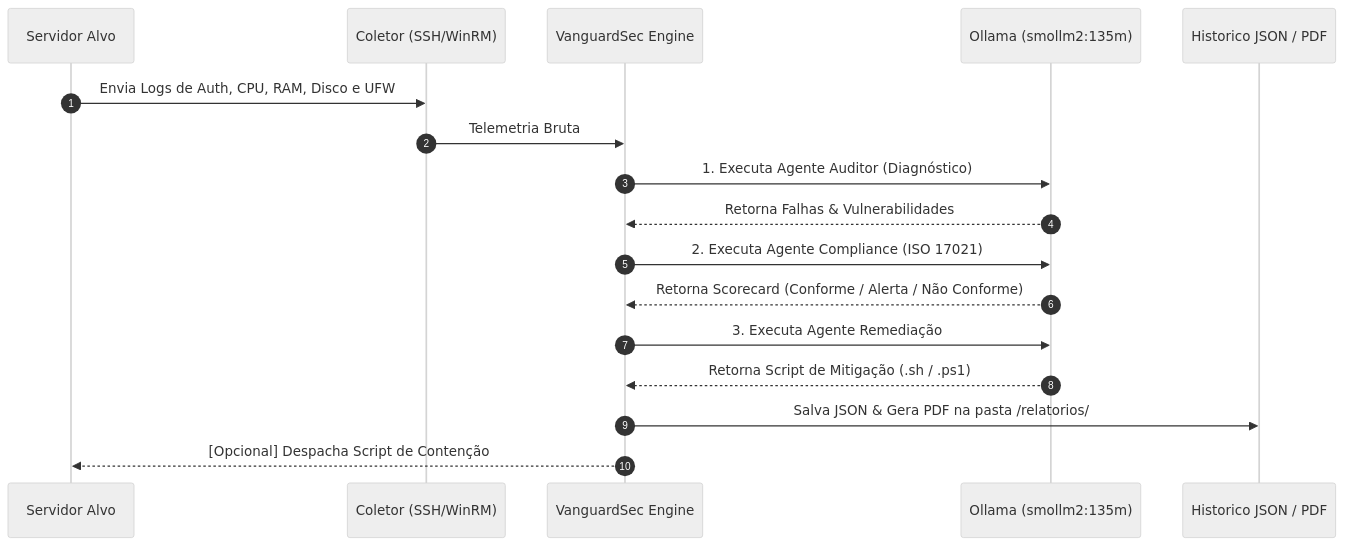
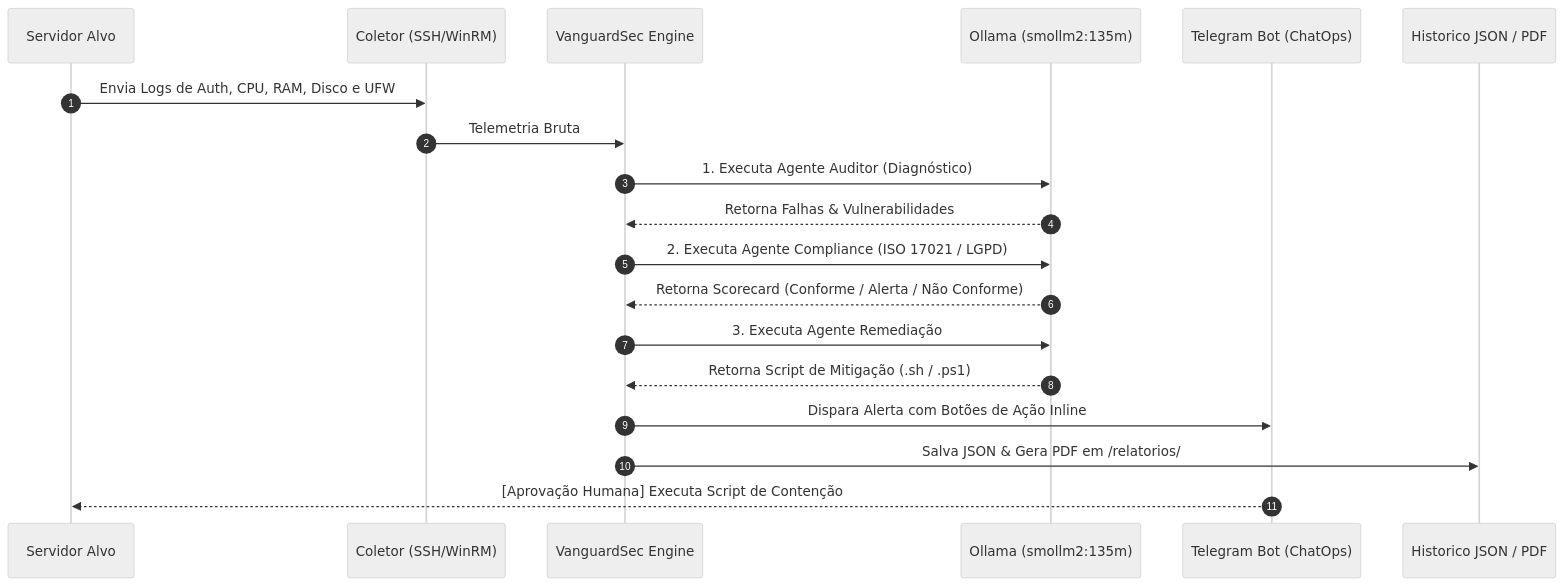
One commit to DavidNonato23/monitoramento-soc-ia changed the diagram in README.md. Above: the diagram before and after it, drawn with Mermaid (neutral theme). The commit also changed other lines of this file and 9390 other files, not shown here.

Commit message:
fix: corrige tipos opcionais do Telegram bot e ajusta gerador de PDF

````diff
--- a/README.md
+++ b/README.md
@@ -84,21 +129,23 @@
 ```mermaid
 sequenceDiagram
     autonumber
     participant Target as Servidor Alvo
     participant Coletor as Coletor (SSH/WinRM)
     participant SOC as VanguardSec Engine
     participant LLM as Ollama (smollm2:135m)
+    participant Bot as Telegram Bot (ChatOps)
     participant DB as Historico JSON / PDF
 
     Target->>Coletor: Envia Logs de Auth, CPU, RAM, Disco e UFW
     Coletor->>SOC: Telemetria Bruta
     SOC->>LLM: 1. Executa Agente Auditor (Diagnóstico)
     LLM-->>SOC: Retorna Falhas & Vulnerabilidades
-    SOC->>LLM: 2. Executa Agente Compliance (ISO 17021)
+    SOC->>LLM: 2. Executa Agente Compliance (ISO 17021 / LGPD)
     LLM-->>SOC: Retorna Scorecard (Conforme / Alerta / Não Conforme)
     SOC->>LLM: 3. Executa Agente Remediação
     LLM-->>SOC: Retorna Script de Mitigação (.sh / .ps1)
-    SOC->>DB: Salva JSON & Gera PDF na pasta /relatorios/
-    SOC-->>Target: [Opcional] Despacha Script de Contenção
+    SOC->>Bot: Dispara Alerta com Botões de Ação Inline
+    SOC->>DB: Salva JSON & Gera PDF em /relatorios/
+    Bot-->>Target: [Aprovação Humana] Executa Script de Contenção
 
 ```
````
